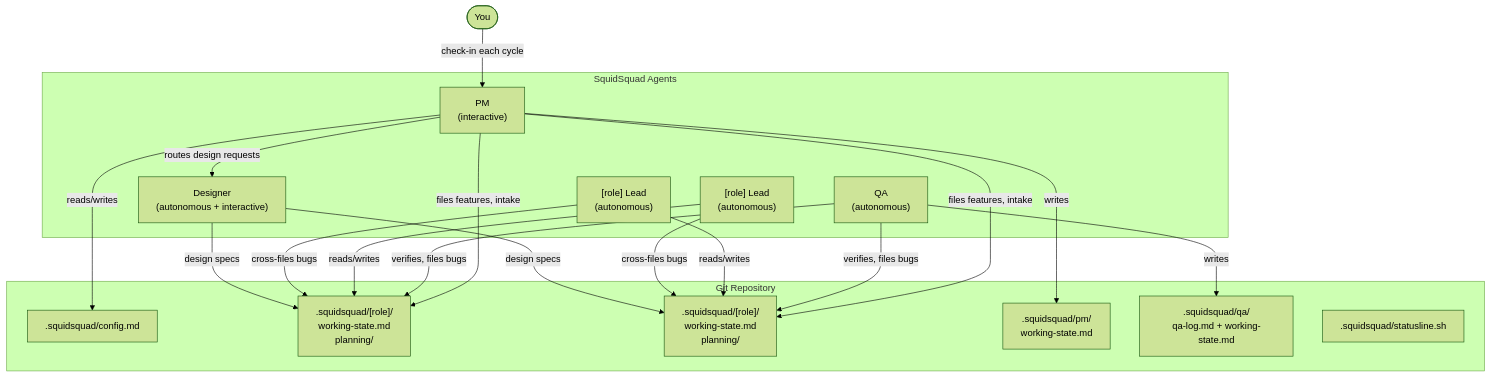
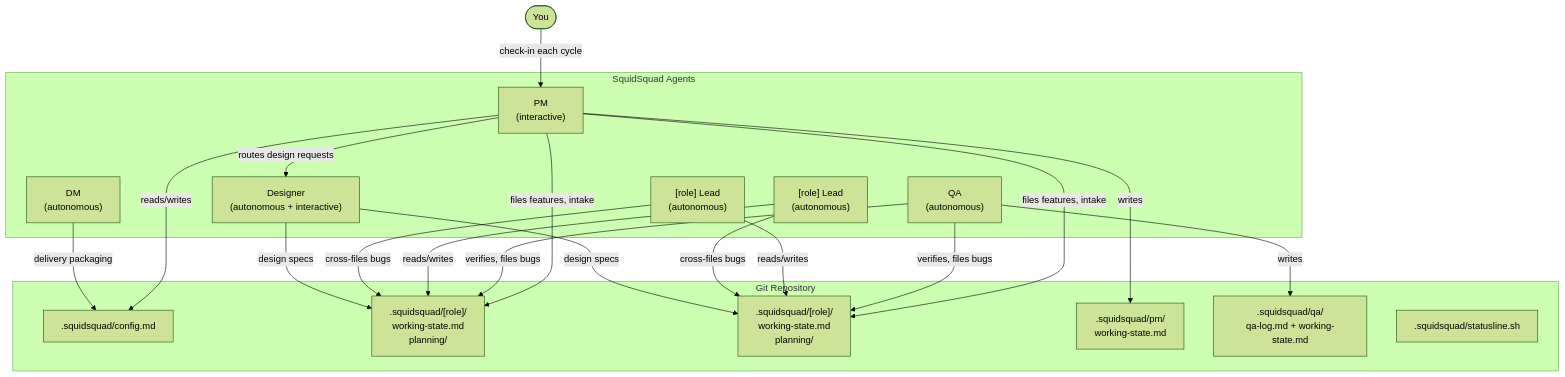
The second of 2 diagrams in README.md (WallyDoodlez/SquidSquad), drawn with Mermaid (forest theme) before and after one commit. The commit also changed other lines of this file and 1 other file, not shown here.

Commit message:
dm: fix #54 — add DM role to README Agents table and Architecture diagram

````diff
--- a/README.md
+++ b/README.md
@@ -75,37 +76,39 @@
 ```mermaid
 graph TD
     H(["You"])
 
     subgraph squad["SquidSquad Agents"]
         PM["PM\n(interactive)"]
         QA["QA\n(autonomous)"]
         R1["[role] Lead\n(autonomous)"]
         R2["[role] Lead\n(autonomous)"]
         DS["Designer\n(autonomous + interactive)"]
+        DM["DM\n(autonomous)"]
     end
 
     subgraph repo["Git Repository"]
         CFG[".squidsquad/config.md"]
         T1[".squidsquad/[role]/\nworking-state.md\nplanning/"]
         T2[".squidsquad/[role]/\nworking-state.md\nplanning/"]
         PM_T[".squidsquad/pm/\nworking-state.md"]
         QA_T[".squidsquad/qa/\nqa-log.md + working-state.md"]
         SL[".squidsquad/statusline.sh"]
     end
 
     H -- "check-in each cycle" --> PM
     PM -- reads/writes --> CFG
     PM -- "files features, intake" --> T1
     PM -- "files features, intake" --> T2
     PM -- writes --> PM_T
     QA -- "verifies, files bugs" --> T1
     QA -- "verifies, files bugs" --> T2
     QA -- writes --> QA_T
     R1 -- reads/writes --> T1
     R2 -- reads/writes --> T2
     R1 -- cross-files bugs --> T2
     R2 -- cross-files bugs --> T1
     DS -- "design specs" --> T1
     DS -- "design specs" --> T2
     PM -- "routes design requests" --> DS
+    DM -- "delivery packaging" --> CFG
 ```
````
